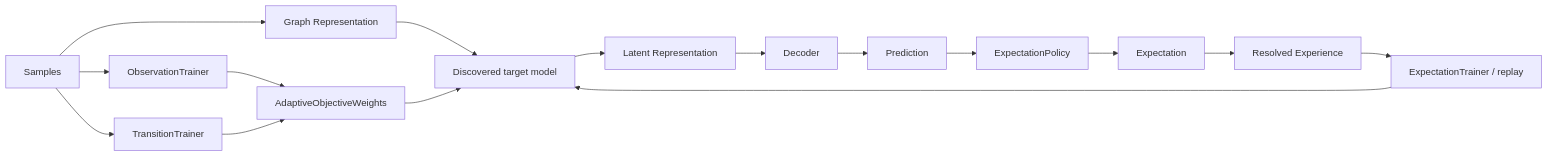
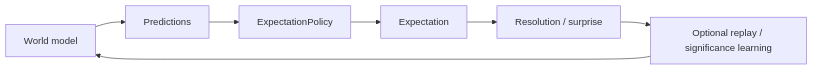
The sixth of 6 diagrams in docs/expectations.md (skasti/skyn-vaettr), drawn with Mermaid before and after one commit. The commit also changed other lines of this file, not shown here.

Commit message:
docs: document QKV prediction pivot and parked expectations

````diff
--- a/docs/expectations.md
+++ b/docs/expectations.md
@@ -174,20 +135,9 @@
 ```mermaid
 flowchart LR
-    S[Samples] --> R1[Graph Representation]
-    R1 --> M[Discovered target model]
-    M --> R2[Latent Representation]
-    R2 --> D[Decoder]
-    D --> P[Prediction]
-    P --> EP[ExpectationPolicy]
-    EP --> E[Expectation]
-
-    S --> C[ObservationTrainer]
-    S --> T[TransitionTrainer]
-    C --> W[AdaptiveObjectiveWeights]
-    T --> W
-    W --> M
-
-    E --> X[Resolved Experience]
-    X --> ET[ExpectationTrainer / replay]
-    ET --> M
+    M[World model] --> P[Predictions]
+    P --> G[ExpectationPolicy]
+    G --> E[Expectation]
+    E --> R[Resolution / surprise]
+    R --> L[Optional replay / significance learning]
+    L --> M
 ```
````
